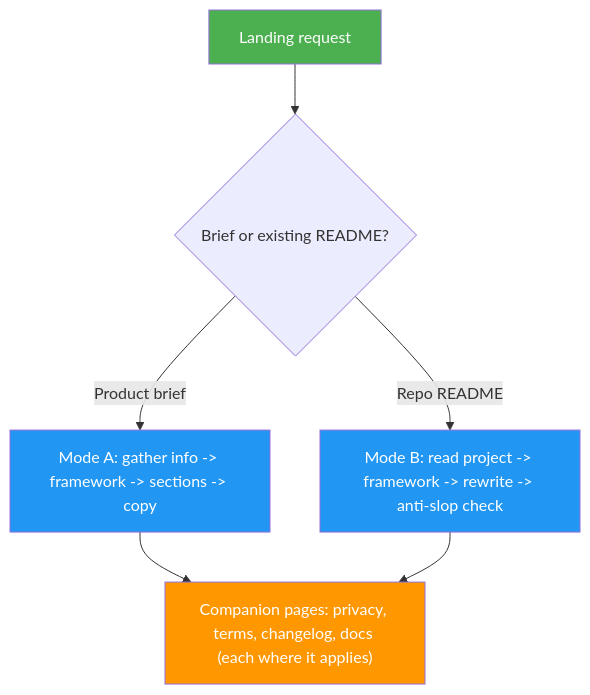
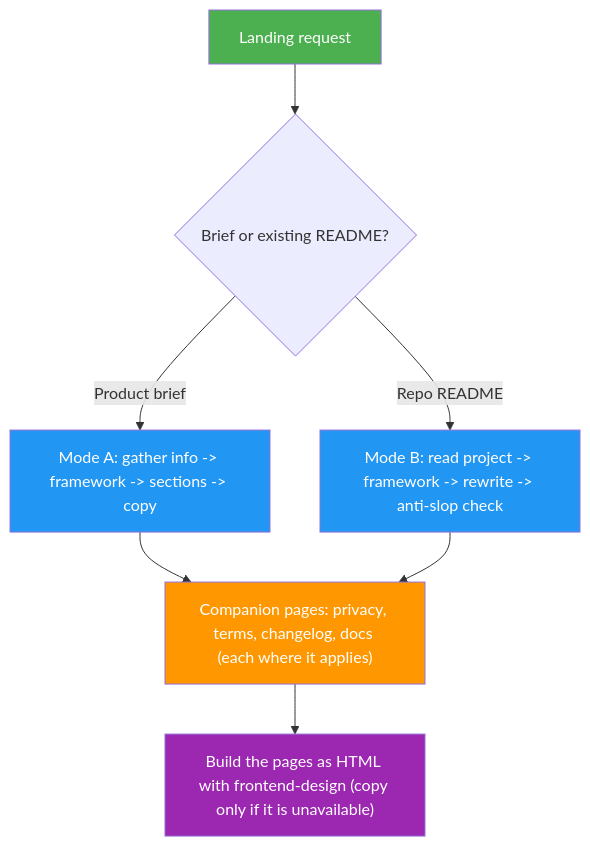
One commit to luongnv89/skills changed the diagram in skills/landing-page-generator/docs/README.md. Above: the diagram before and after it, drawn with Mermaid. The commit also changed other lines of this file and 11 other files, not shown here.

First line of the commit message:
feat(landing-page-generator): build the final page with frontend-design (#424)

````diff
--- a/skills/landing-page-generator/docs/README.md
+++ b/skills/landing-page-generator/docs/README.md
@@ -41,12 +44,14 @@
 ```mermaid
 graph TD
     A["Landing request"] --> M{"Brief or existing README?"}
     M -->|Product brief| B["Mode A: gather info -> framework -> sections -> copy"]
     M -->|Repo README| C["Mode B: read project -> framework -> rewrite -> anti-slop check"]
     B --> P["Companion pages: privacy, terms, changelog, docs (each where it applies)"]
     C --> P
+    P --> H["Build the pages as HTML with frontend-design (copy only if it is unavailable)"]
     style A fill:#4CAF50,color:#fff
     style B fill:#2196F3,color:#fff
     style C fill:#2196F3,color:#fff
     style P fill:#FF9800,color:#fff
+    style H fill:#9C27B0,color:#fff
 ```
````
